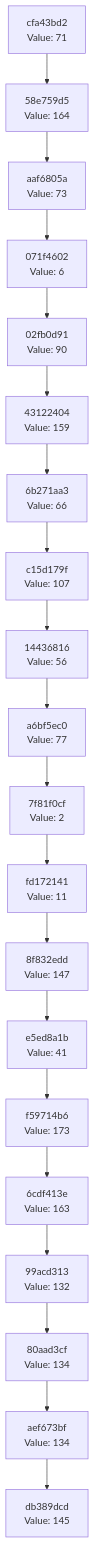
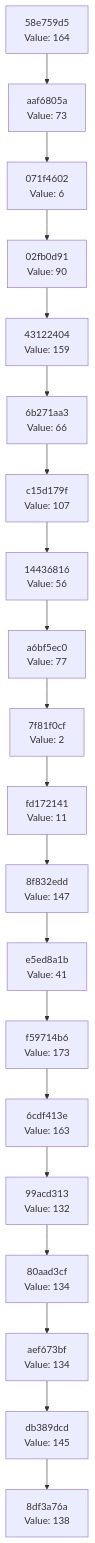
Before and after one commit to Abhisheksinha1506/hash-chain-evolver: the diagram in docs/CHAIN_VISUALIZATION.md, drawn with Mermaid. The commit also changed 3 other files, not shown here.

````diff
--- a/docs/CHAIN_VISUALIZATION.md
+++ b/docs/CHAIN_VISUALIZATION.md
@@ -3,42 +3,42 @@
 ```mermaid
 graph TD
-    C0["db389dcd<br/>Value: 145"]
-    C1["aef673bf<br/>Value: 134"]
+    C0["8df3a76a<br/>Value: 138"]
+    C1["db389dcd<br/>Value: 145"]
     C1 --> C0
-    C2["80aad3cf<br/>Value: 134"]
+    C2["aef673bf<br/>Value: 134"]
     C2 --> C1
-    C3["99acd313<br/>Value: 132"]
+    C3["80aad3cf<br/>Value: 134"]
     C3 --> C2
-    C4["6cdf413e<br/>Value: 163"]
+    C4["99acd313<br/>Value: 132"]
     C4 --> C3
-    C5["f59714b6<br/>Value: 173"]
+    C5["6cdf413e<br/>Value: 163"]
     C5 --> C4
-    C6["e5ed8a1b<br/>Value: 41"]
+    C6["f59714b6<br/>Value: 173"]
     C6 --> C5
-    C7["8f832edd<br/>Value: 147"]
+    C7["e5ed8a1b<br/>Value: 41"]
     C7 --> C6
-    C8["fd172141<br/>Value: 11"]
+    C8["8f832edd<br/>Value: 147"]
     C8 --> C7
-    C9["7f81f0cf<br/>Value: 2"]
+    C9["fd172141<br/>Value: 11"]
     C9 --> C8
-    C10["a6bf5ec0<br/>Value: 77"]
+    C10["7f81f0cf<br/>Value: 2"]
     C10 --> C9
-    C11["14436816<br/>Value: 56"]
+    C11["a6bf5ec0<br/>Value: 77"]
     C11 --> C10
-    C12["c15d179f<br/>Value: 107"]
+    C12["14436816<br/>Value: 56"]
     C12 --> C11
-    C13["6b271aa3<br/>Value: 66"]
+    C13["c15d179f<br/>Value: 107"]
     C13 --> C12
-    C14["43122404<br/>Value: 159"]
+    C14["6b271aa3<br/>Value: 66"]
     C14 --> C13
-    C15["02fb0d91<br/>Value: 90"]
+    C15["43122404<br/>Value: 159"]
     C15 --> C14
-    C16["071f4602<br/>Value: 6"]
+    C16["02fb0d91<br/>Value: 90"]
     C16 --> C15
-    C17["aaf6805a<br/>Value: 73"]
+    C17["071f4602<br/>Value: 6"]
     C17 --> C16
-    C18["58e759d5<br/>Value: 164"]
+    C18["aaf6805a<br/>Value: 73"]
     C18 --> C17
-    C19["cfa43bd2<br/>Value: 71"]
+    C19["58e759d5<br/>Value: 164"]
     C19 --> C18
 ```
````
